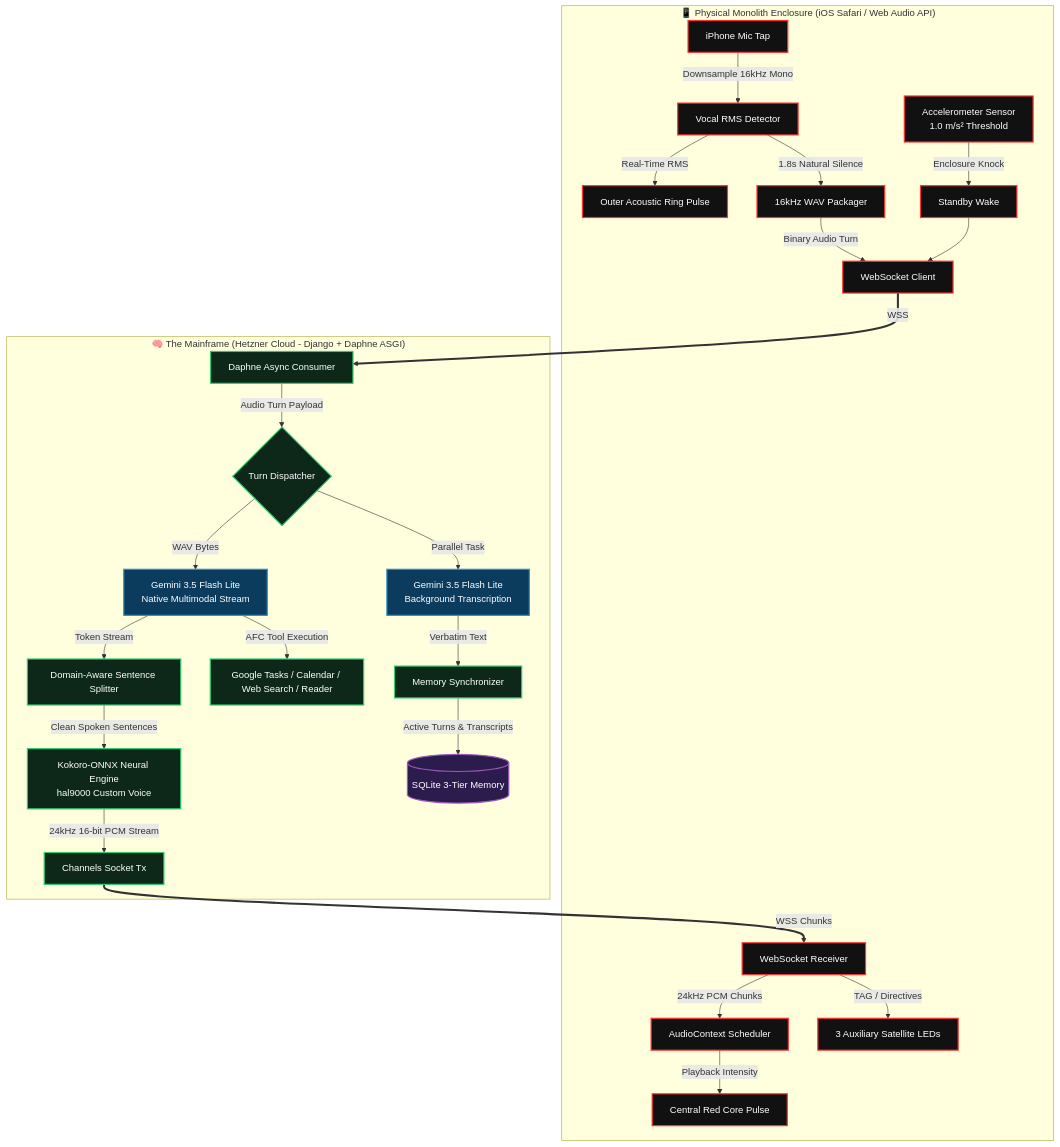
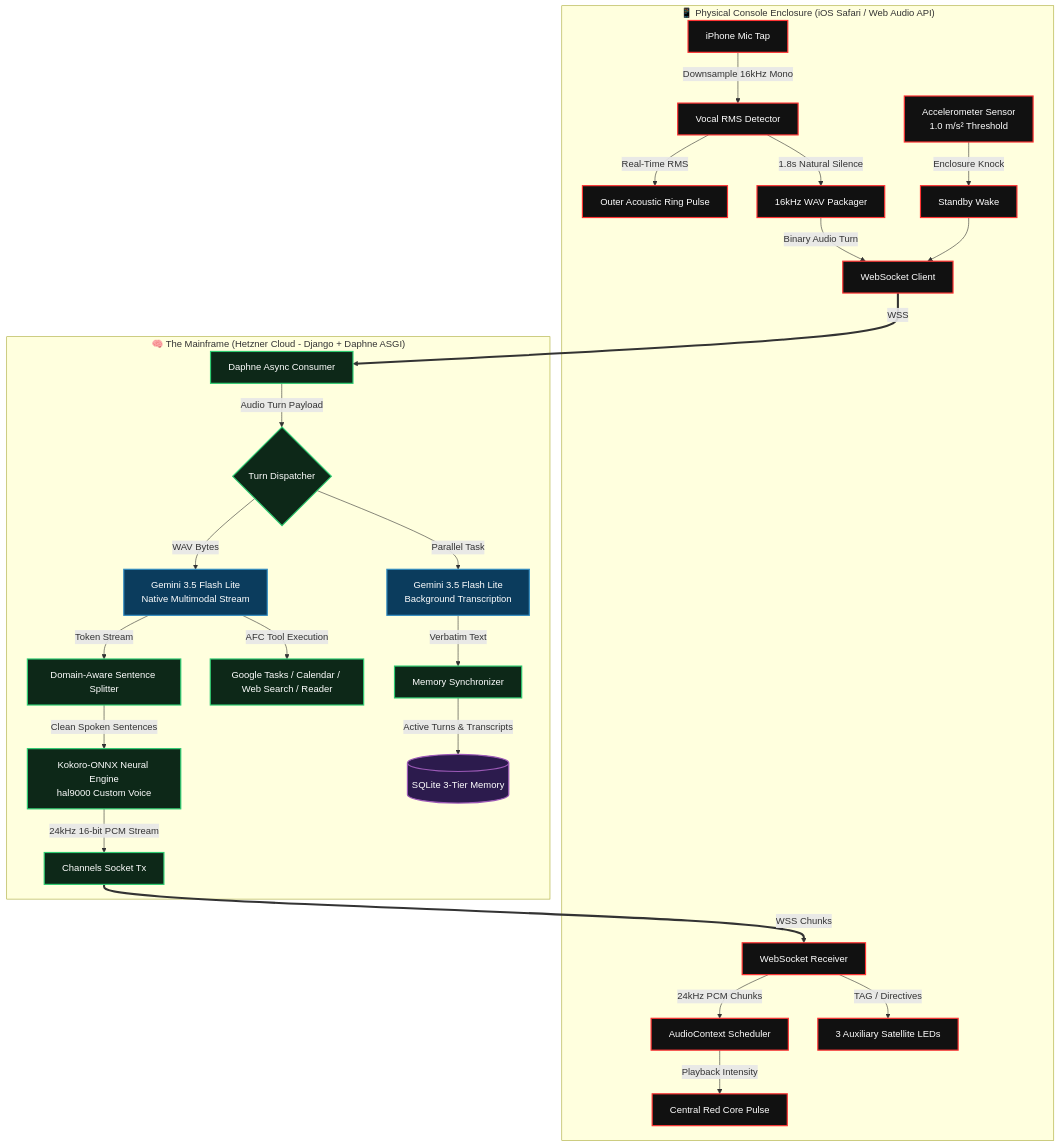
The diagram in README.md (Fab-Miami/HAL9000), drawn with Mermaid before and after one commit. The commit also changed other lines of this file and 7 other files, not shown here.

Commit message:
refactor: replace incorrect Monolith references with HAL 9000 Desktop Console

````diff
--- a/README.md
+++ b/README.md
@@ -35,42 +35,42 @@
 ```mermaid
 graph TD
     classDef phone fill:#111,stroke:#ff3333,stroke-width:2px,color:#fff;
     classDef server fill:#0d2818,stroke:#2ecc71,stroke-width:2px,color:#fff;
     classDef gemini fill:#0b3c5d,stroke:#328cc1,stroke-width:2px,color:#fff;
     classDef db fill:#2c1b4d,stroke:#9b59b6,stroke-width:2px,color:#fff;
 
-    subgraph "📱 Physical Monolith Enclosure (iOS Safari / Web Audio API)"
+    subgraph "📱 Physical Console Enclosure (iOS Safari / Web Audio API)"
         MIC[iPhone Mic Tap] -->|Downsample 16kHz Mono| RMS[Vocal RMS Detector]
         RMS -->|Real-Time RMS| RING[Outer Acoustic Ring Pulse]
         RMS -->|1.8s Natural Silence| WAV_GEN[16kHz WAV Packager]
         WAV_GEN -->|Binary Audio Turn| WS_TX[WebSocket Client]
         KNOCK[Accelerometer Sensor<br>1.0 m/s² Threshold] -->|Enclosure Knock| WAKE_EV[Standby Wake]
         WAKE_EV --> WS_TX
         WS_RX[WebSocket Receiver] -->|24kHz PCM Chunks| SPK[AudioContext Scheduler]
         SPK -->|Playback Intensity| EYE[Central Red Core Pulse]
         WS_RX -->|TAG / Directives| LED3[3 Auxiliary Satellite LEDs]
     end
 
     subgraph "🧠 The Mainframe (Hetzner Cloud - Django + Daphne ASGI)"
         WS_TX ==>|WSS| ASGI[Daphne Async Consumer]
         ASGI -->|Audio Turn Payload| DISPATCH{Turn Dispatcher}
         
         DISPATCH -->|WAV Bytes| GEM_STREAM[Gemini 3.5 Flash Lite<br>Native Multimodal Stream]
         DISPATCH -->|Parallel Task| GEM_TRANSCRIBE[Gemini 3.5 Flash Lite<br>Background Transcription]
         
         GEM_STREAM -->|Token Stream| SENTENCE[Domain-Aware Sentence Splitter]
         SENTENCE -->|Clean Spoken Sentences| KOKORO[Kokoro-ONNX Neural Engine<br>hal9000 Custom Voice]
         KOKORO -->|24kHz 16-bit PCM Stream| WS_TX_SRV[Channels Socket Tx]
         WS_TX_SRV ==>|WSS Chunks| WS_RX
         
         GEM_STREAM -->|AFC Tool Execution| TOOLS[Google Tasks / Calendar / Web Search / Reader]
         
         GEM_TRANSCRIBE -->|Verbatim Text| MEM_SYNC[Memory Synchronizer]
         MEM_SYNC -->|Active Turns & Transcripts| SQLITE[(SQLite 3-Tier Memory)]
     end
 
     class MIC,RMS,RING,WAV_GEN,WS_TX,KNOCK,WAKE_EV,WS_RX,SPK,EYE,LED3 phone;
     class ASGI,DISPATCH,SENTENCE,KOKORO,WS_TX_SRV,TOOLS,MEM_SYNC server;
     class GEM_STREAM,GEM_TRANSCRIBE gemini;
     class SQLITE db;
 ```
````
